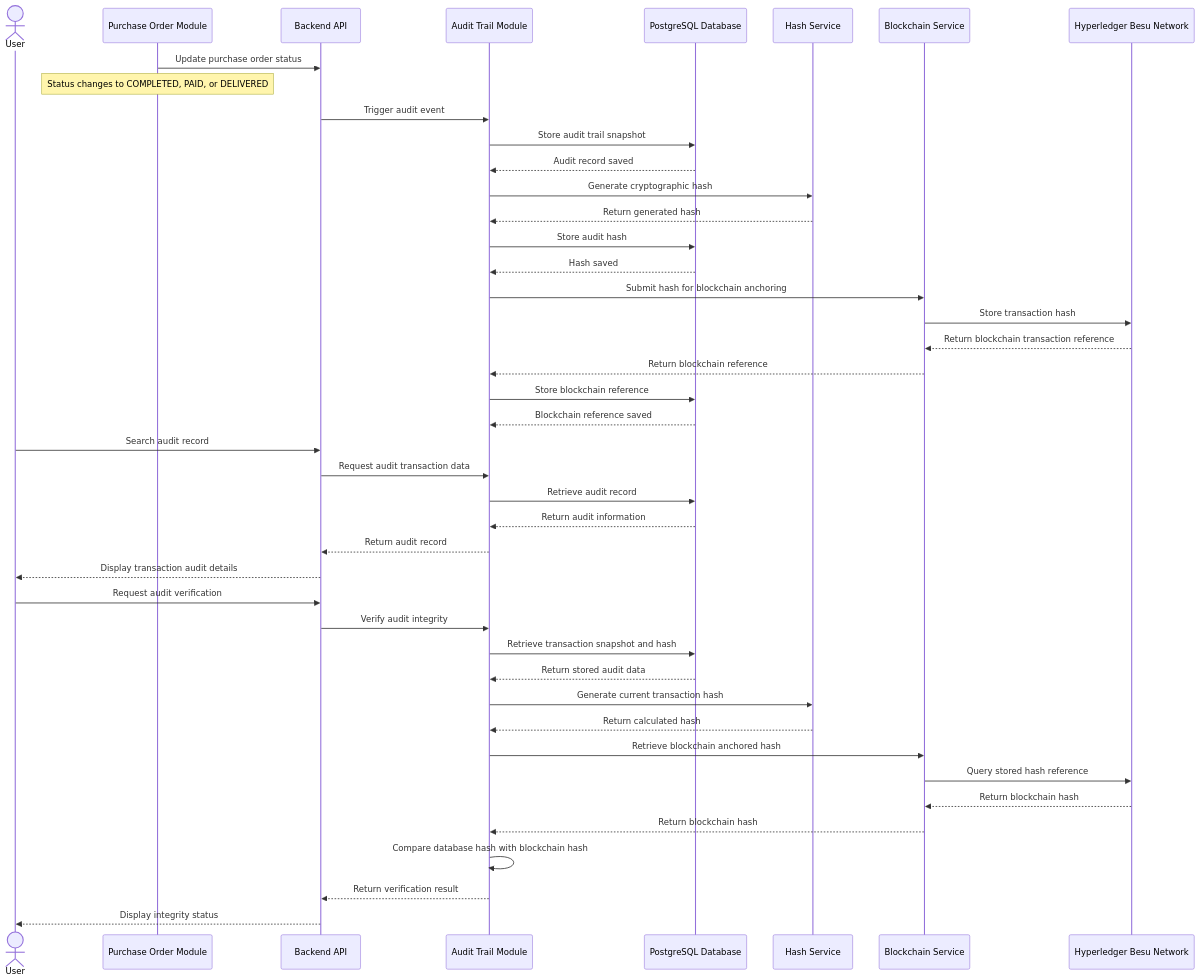
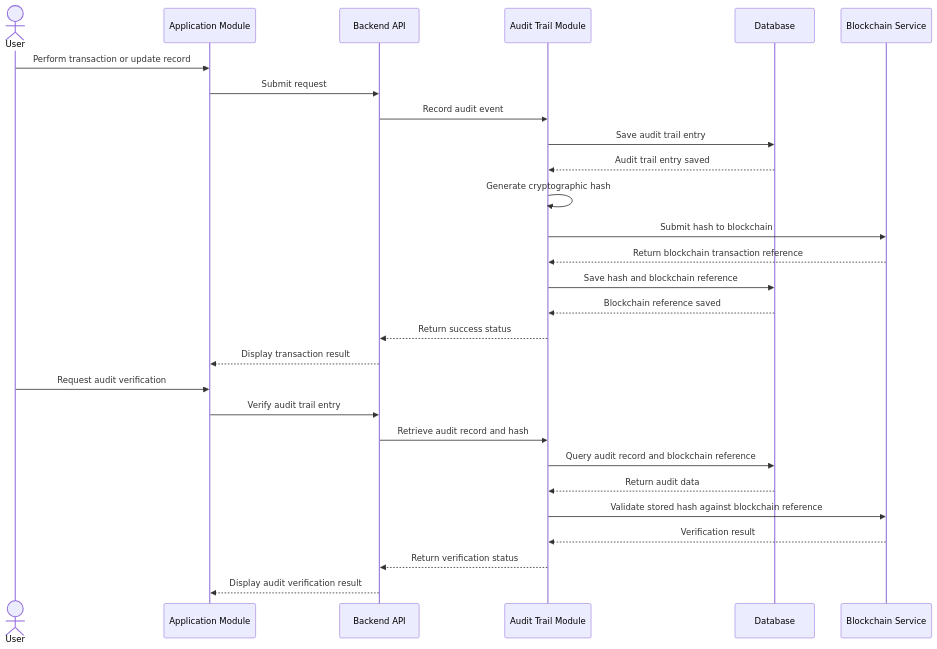
Before and after one commit to Wiii-1/New_LINAW: the tenth of 12 diagrams in docs/architecture/Low_Level_Design.md, drawn with Mermaid. The commit also changed other lines of this file and 227 other files, not shown here.

````diff
--- a/docs/architecture/Low_Level_Design.md
+++ b/docs/architecture/Low_Level_Design.md
@@ -2122,62 +2129,34 @@
 ```mermaid
 sequenceDiagram
     actor User
-    participant PO as Purchase Order Module
+    participant UI as Application Module
     participant API as Backend API
     participant AUD as Audit Trail Module
-    participant DB as PostgreSQL Database
-    participant HASH as Hash Service
+    participant DB as Database
     participant BC as Blockchain Service
-    participant BESU as Hyperledger Besu Network
 
-    PO->>API: Update purchase order status
-    Note over PO: Status changes to COMPLETED, PAID, or DELIVERED
+    User->>UI: Perform transaction or update record
+    UI->>API: Submit request
+    API->>AUD: Record audit event
+    AUD->>DB: Save audit trail entry
+    DB-->>AUD: Audit trail entry saved
 
-    API->>AUD: Trigger audit event
-    AUD->>DB: Store audit trail snapshot
-    DB-->>AUD: Audit record saved
+    AUD->>AUD: Generate cryptographic hash
+    AUD->>BC: Submit hash to blockchain
+    BC-->>AUD: Return blockchain transaction reference
 
-    AUD->>HASH: Generate cryptographic hash
-    HASH-->>AUD: Return generated hash
+    AUD->>DB: Save hash and blockchain reference
+    DB-->>AUD: Blockchain reference saved
+    AUD-->>API: Return success status
+    API-->>UI: Display transaction result
 
-    AUD->>DB: Store audit hash
-    DB-->>AUD: Hash saved
-
-    AUD->>BC: Submit hash for blockchain anchoring
-    BC->>BESU: Store transaction hash
-    BESU-->>BC: Return blockchain transaction reference
-
-    BC-->>AUD: Return blockchain reference
-
-    AUD->>DB: Store blockchain reference
-    DB-->>AUD: Blockchain reference saved
-
-
-    User->>API: Search audit record
-    API->>AUD: Request audit transaction data
-    AUD->>DB: Retrieve audit record
-    DB-->>AUD: Return audit information
-    AUD-->>API: Return audit record
-    API-->>User: Display transaction audit details
-
-
-    User->>API: Request audit verification
-    API->>AUD: Verify audit integrity
-
-    AUD->>DB: Retrieve transaction snapshot and hash
-    DB-->>AUD: Return stored audit data
-
-    AUD->>HASH: Generate current transaction hash
-    HASH-->>AUD: Return calculated hash
-
-    AUD->>BC: Retrieve blockchain anchored hash
-    BC->>BESU: Query stored hash reference
-    BESU-->>BC: Return blockchain hash
-
-    BC-->>AUD: Return blockchain hash
-
-    AUD->>AUD: Compare database hash with blockchain hash
-
-    AUD-->>API: Return verification result
-    API-->>User: Display integrity status
+    User->>UI: Request audit verification
+    UI->>API: Verify audit trail entry
+    API->>AUD: Retrieve audit record and hash
+    AUD->>DB: Query audit record and blockchain reference
+    DB-->>AUD: Return audit data
+    AUD->>BC: Validate stored hash against blockchain reference
+    BC-->>AUD: Verification result
+    AUD-->>API: Return verification status
+    API-->>UI: Display audit verification result
 ```
````
